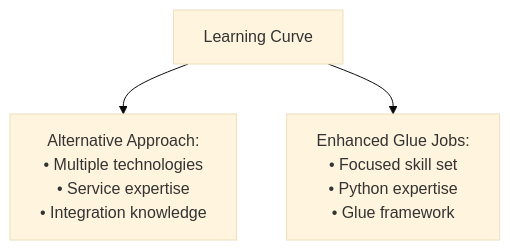
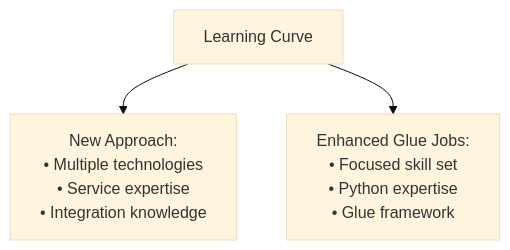
One commit to veronelazio/wezterm changed diagram 17 of 17 in mermaid.md. Above: the diagram before and after it, drawn with Mermaid (base theme). The commit also changed other lines of this file, not shown here.

````diff
--- a/mermaid.md
+++ b/mermaid.md
@@ -152,5 +152,5 @@
 ```mermaid
 flowchart TD
-    O1["Learning Curve"] --> O2["Alternative Approach:<br/>• Multiple technologies<br/>• Service expertise<br/>• Integration knowledge"]
+    O1["Learning Curve"] --> O2["New Approach:<br/>• Multiple technologies<br/>• Service expertise<br/>• Integration knowledge"]
     O1 --> O3["Enhanced Glue Jobs:<br/>• Focused skill set<br/>• Python expertise<br/>• Glue framework"]
 ```
````
